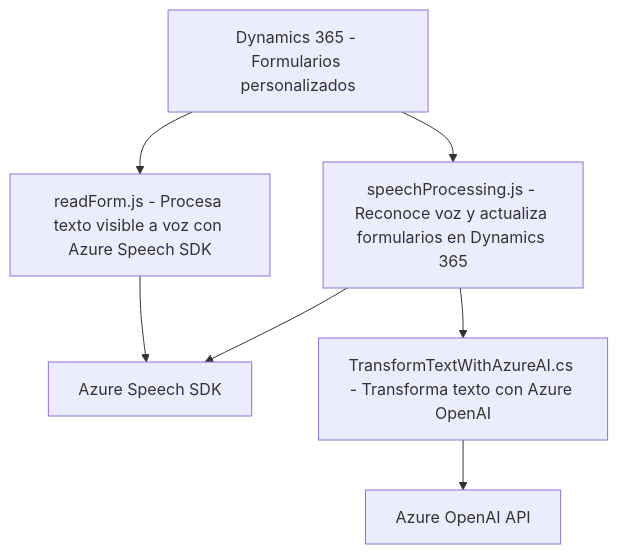
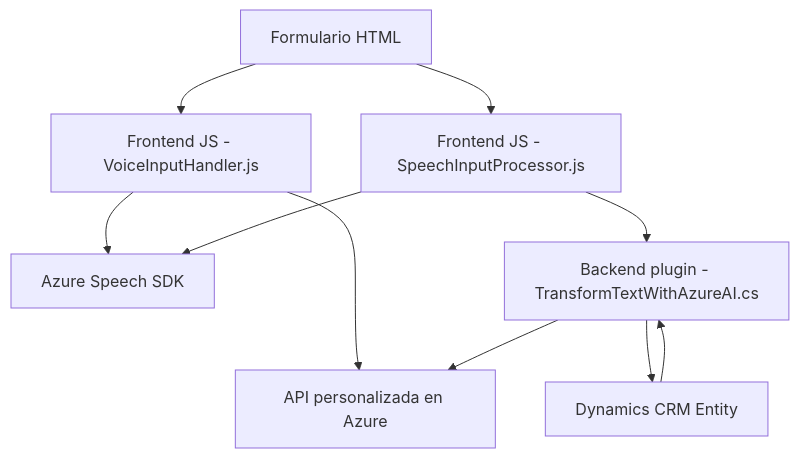
The diagram in README.md (blopezdm/NETCORE_BILBAO2025), drawn with Mermaid before and after one commit. The commit also changed other lines of this file, not shown here.

Commit message:
Actualizar análisis global de la solución con IA

````diff
--- a/README.md
+++ b/README.md
@@ -49,17 +40,20 @@
 ```mermaid
 graph TD
-    VoiceInput["readForm.js - Procesa texto visible a voz con Azure Speech SDK"]
-    VoiceProcessing["speechProcessing.js - Reconoce voz y actualiza formularios en Dynamics 365"]
-    PluginDynamics["TransformTextWithAzureAI.cs - Transforma texto con Azure OpenAI"]
-    AzureSpeechSDK["Azure Speech SDK"]
-    AzureOpenAI["Azure OpenAI API"]
-    DynamicsForm["Dynamics 365 - Formularios personalizados"]
+    A["Formulario HTML"]
+    B["Frontend JS - VoiceInputHandler.js"]
+    C["Frontend JS - SpeechInputProcessor.js"]
+    D["Azure Speech SDK"]
+    E["API personalizada en Azure"]
+    F["Backend plugin - TransformTextWithAzureAI.cs"]
+    G["Dynamics CRM Entity"]
 
-    VoiceInput --> AzureSpeechSDK
-    DynamicsForm --> VoiceInput
-    
-    VoiceProcessing --> AzureSpeechSDK
-    DynamicsForm --> VoiceProcessing
-    VoiceProcessing --> PluginDynamics
-    PluginDynamics --> AzureOpenAI
+    A --> B
+    B --> D
+    B --> E
+    A --> C
+    C --> D
+    C --> F
+    F --> E
+    F --> G
+    G --> F
 ```
````
